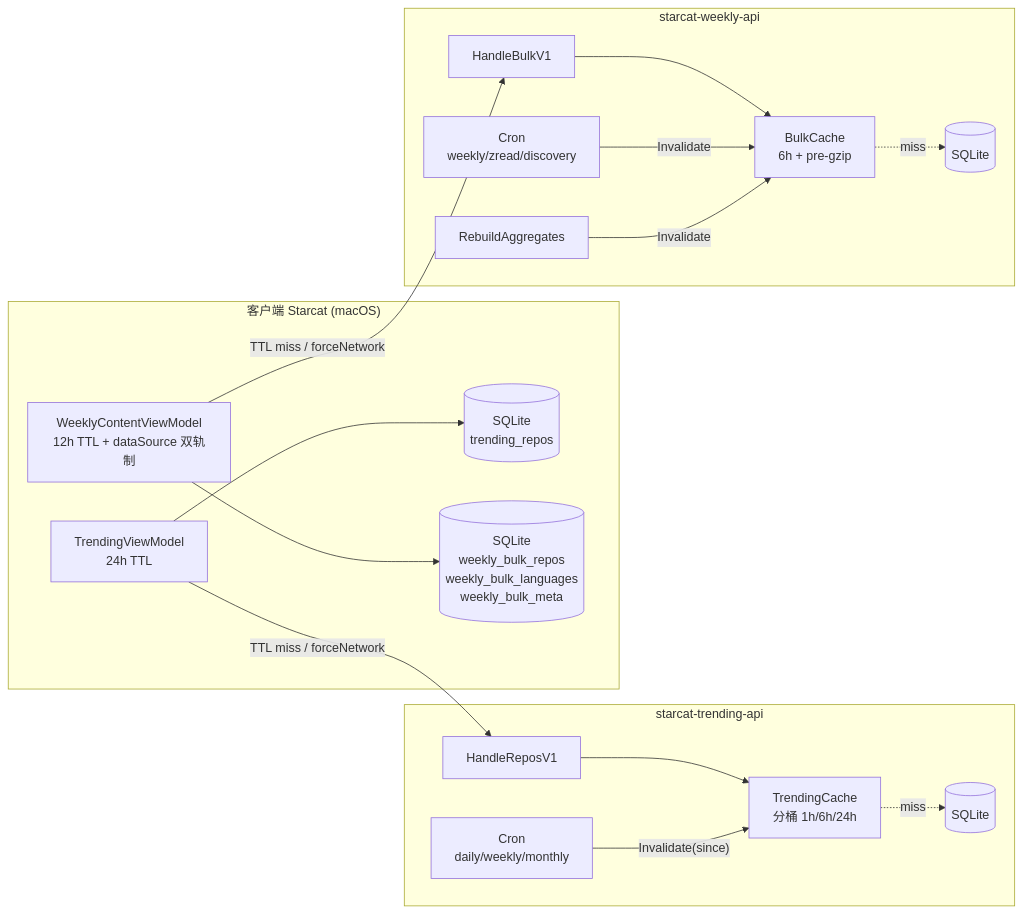
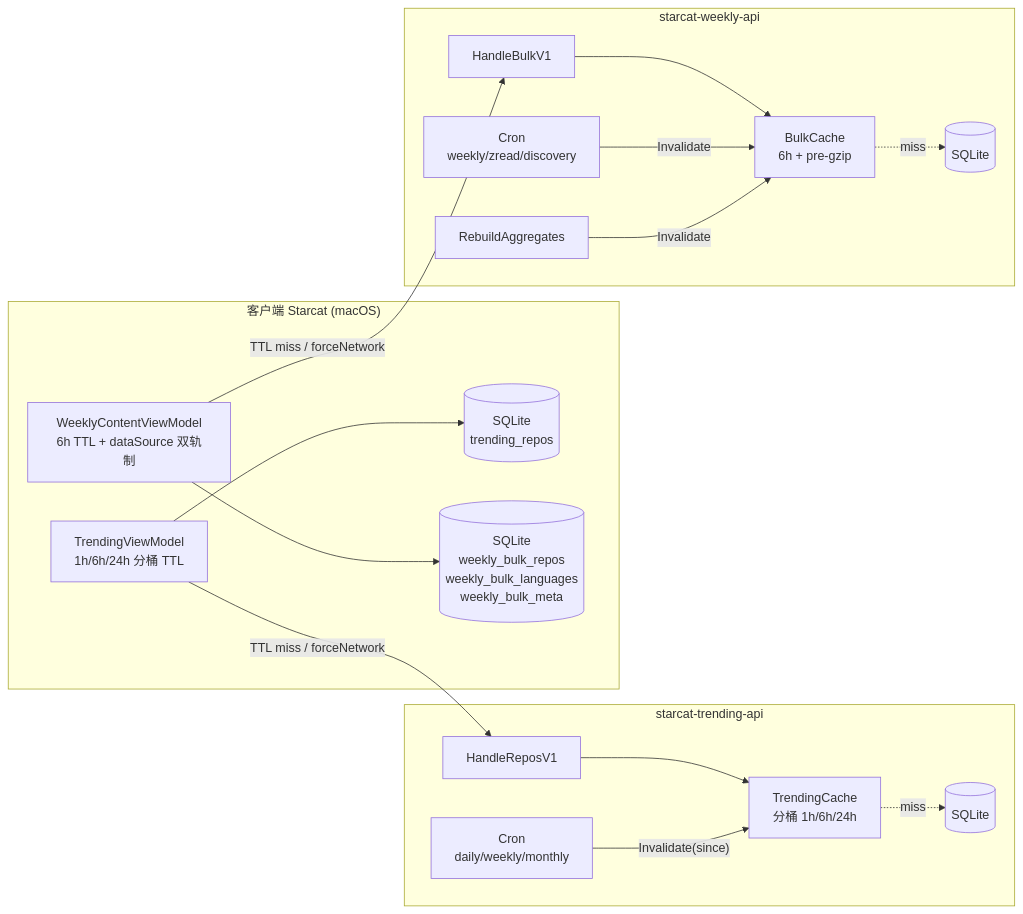
The first of 4 diagrams in docs/3-设计/详细设计/31-Trending-Weekly缓存改造.md (starcat-app/Starcat), drawn with Mermaid before and after one commit. The commit also changed other lines of this file and 30 other files, not shown here.

````diff
--- a/docs/3-设计/详细设计/31-Trending-Weekly缓存改造.md
+++ b/docs/3-设计/详细设计/31-Trending-Weekly缓存改造.md
@@ -36,23 +36,23 @@
 ```mermaid
 flowchart LR
     subgraph Client["客户端 Starcat (macOS)"]
-        TV[TrendingViewModel<br/>24h TTL] --> TR[(SQLite<br/>trending_repos)]
-        WV[WeeklyContentViewModel<br/>12h TTL + dataSource 双轨制] --> WR[(SQLite<br/>weekly_bulk_repos<br/>weekly_bulk_languages<br/>weekly_bulk_meta)]
+        TV[TrendingViewModel<br/>1h/6h/24h 分桶 TTL] --> TR[(SQLite<br/>trending_repos)]
+        WV[WeeklyContentViewModel<br/>6h TTL + dataSource 双轨制] --> WR[(SQLite<br/>weekly_bulk_repos<br/>weekly_bulk_languages<br/>weekly_bulk_meta)]
     end
 
     subgraph TrendingAPI["starcat-trending-api"]
         THdlr[HandleReposV1] --> TCache[TrendingCache<br/>分桶 1h/6h/24h]
         TCache -.miss.-> TStore[(SQLite)]
         TSched[Cron<br/>daily/weekly/monthly] -- Invalidate(since) --> TCache
     end
 
     subgraph WeeklyAPI["starcat-weekly-api"]
         WHdlr[HandleBulkV1] --> WCache[BulkCache<br/>6h + pre-gzip]
         WCache -.miss.-> WStore[(SQLite)]
         WSched[Cron<br/>weekly/zread/discovery] -- Invalidate --> WCache
         WAdmin[RebuildAggregates] -- Invalidate --> WCache
     end
 
     TV -- "TTL miss / forceNetwork" --> THdlr
     WV -- "TTL miss / forceNetwork" --> WHdlr
 ```
````
